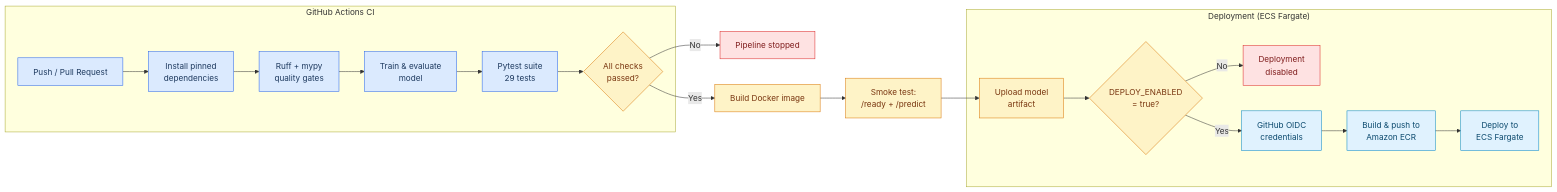
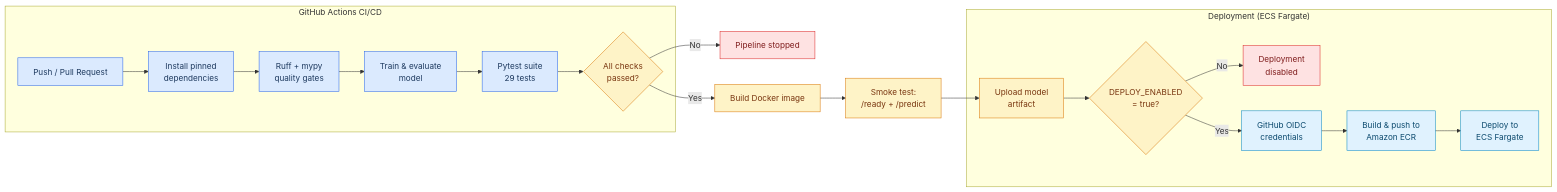
One commit to TechBsf/cloud-node-saturation-mlops changed the third of 3 diagrams in README.md. Above: the diagram before and after it, drawn with Mermaid. The commit also changed other lines of this file, not shown here.

Commit message:
docs: rename CI and deployment section to CI/CD

````diff
--- a/README.md
+++ b/README.md
@@ -95,38 +95,38 @@
 ```mermaid
 flowchart LR
-    %% CI Pipeline
-    subgraph CI["GitHub Actions CI"]
+    %% CI/CD Pipeline
+    subgraph CI["GitHub Actions CI/CD"]
         PR["Push / Pull Request"] --> DEPS["Install pinned\ndependencies"]
         DEPS --> QUALITY["Ruff + mypy\nquality gates"]
         QUALITY --> TRAIN["Train & evaluate\nmodel"]
         TRAIN --> TEST["Pytest suite\n29 tests"]
         TEST --> GATE{"All checks\npassed?"}
     end
 
     %% Gate
     GATE -->|"No"| STOP["Pipeline stopped"]
     GATE -->|"Yes"| CI_BUILD["Build Docker image"]
     CI_BUILD --> CI_SMOKE["Smoke test:\n/ready + /predict"]
     CI_SMOKE --> CI_UPLOAD["Upload model\nartifact"]
 
     %% CD Deployment
     subgraph CD["Deployment (ECS Fargate)"]
         CI_UPLOAD --> ENABLED{"DEPLOY_ENABLED\n= true?"}
         ENABLED -->|"No"| DISABLED["Deployment\ndisabled"]
         ENABLED -->|"Yes"| OIDC["GitHub OIDC\ncredentials"]
         OIDC --> ECR["Build & push to\nAmazon ECR"]
         ECR --> ECS["Deploy to\nECS Fargate"]
     end
 
     classDef source fill:#DBEAFE,stroke:#2563EB,color:#1E3A5F
     classDef check fill:#FEF3C7,stroke:#D97706,color:#78350F
     classDef good fill:#DCFCE7,stroke:#16A34A,color:#14532D
     classDef stop fill:#FEE2E2,stroke:#DC2626,color:#7F1D1D
     classDef cloud fill:#E0F2FE,stroke:#0284C7,color:#0C4A6E
 
     class PR,DEPS,QUALITY,TRAIN,TEST source
     class GATE,CI_BUILD,CI_SMOKE,CI_UPLOAD,ENABLED check
     class STOP stop
     class OIDC,ECR,ECS cloud
     class DISABLED stop
 ```
````
